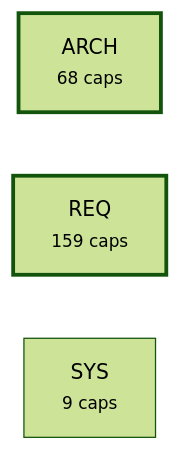
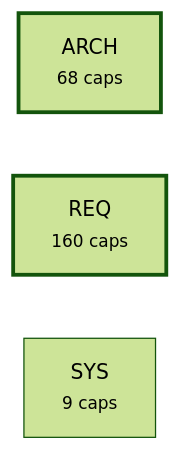
Before and after one commit to alxmax/Requirement-manager: the fourth of 5 diagrams in plugin/requirements/_map.md, drawn with Mermaid (forest theme). The commit also changed other lines of this file and 17 other files, not shown here.

````diff
--- a/plugin/requirements/_map.md
+++ b/plugin/requirements/_map.md
@@ -949,8 +950,8 @@
 ```mermaid
 graph LR
   a_ARCH["ARCH<br><small>68 caps</small>"]
-  a_REQ["REQ<br><small>159 caps</small>"]
+  a_REQ["REQ<br><small>160 caps</small>"]
   a_SYS["SYS<br><small>9 caps</small>"]
   style a_ARCH stroke-width:3px
   style a_REQ stroke-width:3px
 ```
````
